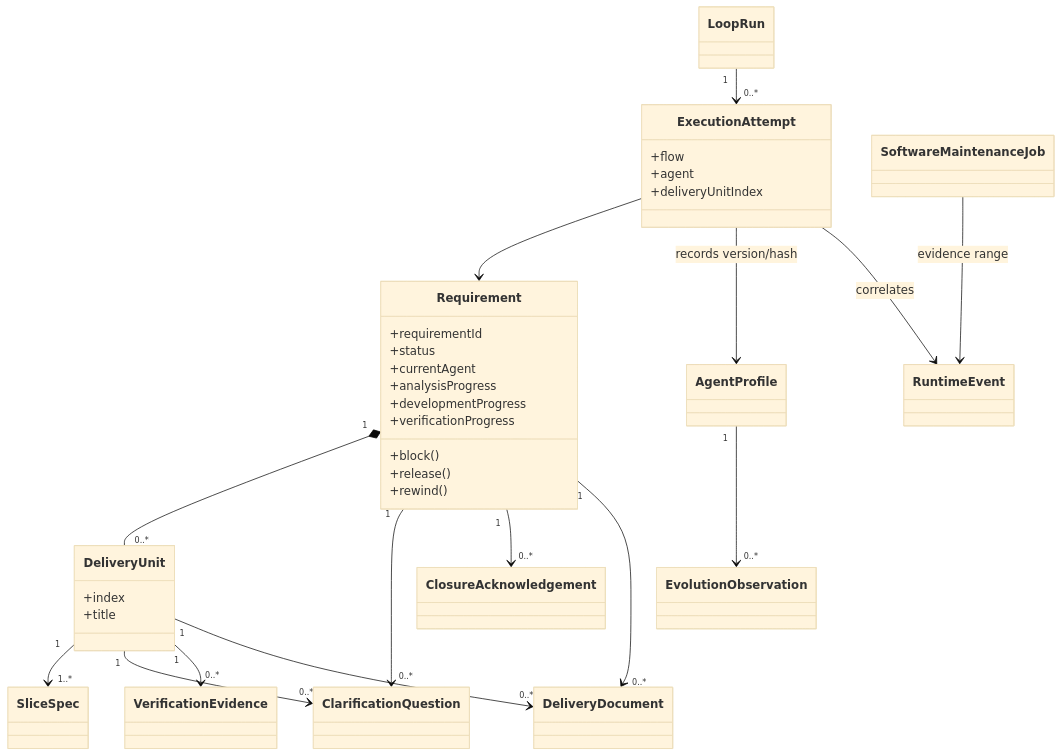
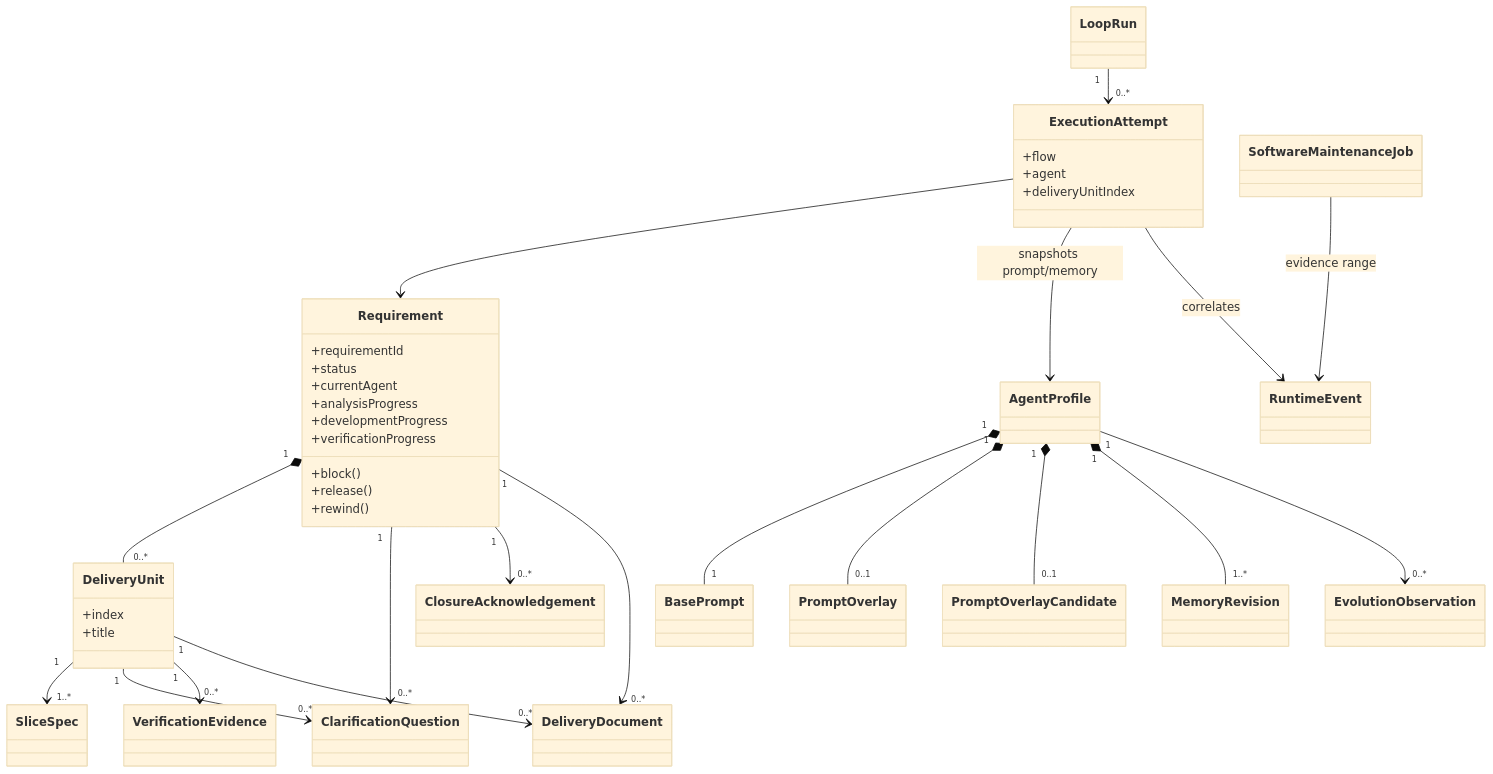
Before and after one commit to InspireChina/ai4se-loop-workflow: the diagram in docs/v1-ddd-boundaries.md, drawn with Mermaid (base theme). The commit also changed other lines of this file and 28 other files, not shown here.

````diff
--- a/docs/v1-ddd-boundaries.md
+++ b/docs/v1-ddd-boundaries.md
@@ -136,48 +138,56 @@
 ```mermaid
 classDiagram
   class Requirement {
     +requirementId
     +status
     +currentAgent
     +analysisProgress
     +developmentProgress
     +verificationProgress
     +block()
     +release()
     +rewind()
   }
   class DeliveryUnit {
     +index
     +title
   }
   class SliceSpec
   class ClarificationQuestion
   class VerificationEvidence
   class ClosureAcknowledgement
   class DeliveryDocument
   class LoopRun
   class ExecutionAttempt {
     +flow
     +agent
     +deliveryUnitIndex
   }
   class AgentProfile
+  class BasePrompt
+  class PromptOverlay
+  class PromptOverlayCandidate
+  class MemoryRevision
   class EvolutionObservation
   class RuntimeEvent
   class SoftwareMaintenanceJob
 
   Requirement "1" *-- "0..*" DeliveryUnit
   Requirement "1" --> "0..*" ClarificationQuestion
   Requirement "1" --> "0..*" ClosureAcknowledgement
   Requirement "1" --> "0..*" DeliveryDocument
   DeliveryUnit "1" --> "1..*" SliceSpec
   DeliveryUnit "1" --> "0..*" ClarificationQuestion
   DeliveryUnit "1" --> "0..*" VerificationEvidence
   DeliveryUnit "1" --> "0..*" DeliveryDocument
   LoopRun "1" --> "0..*" ExecutionAttempt
   ExecutionAttempt --> Requirement
+  AgentProfile "1" *-- "1" BasePrompt
+  AgentProfile "1" *-- "0..1" PromptOverlay
+  AgentProfile "1" *-- "0..1" PromptOverlayCandidate
+  AgentProfile "1" *-- "1..*" MemoryRevision
   AgentProfile "1" --> "0..*" EvolutionObservation
-  ExecutionAttempt --> AgentProfile : records version/hash
+  ExecutionAttempt --> AgentProfile : snapshots prompt/memory
   ExecutionAttempt --> RuntimeEvent : correlates
   SoftwareMaintenanceJob --> RuntimeEvent : evidence range
 ```
````
